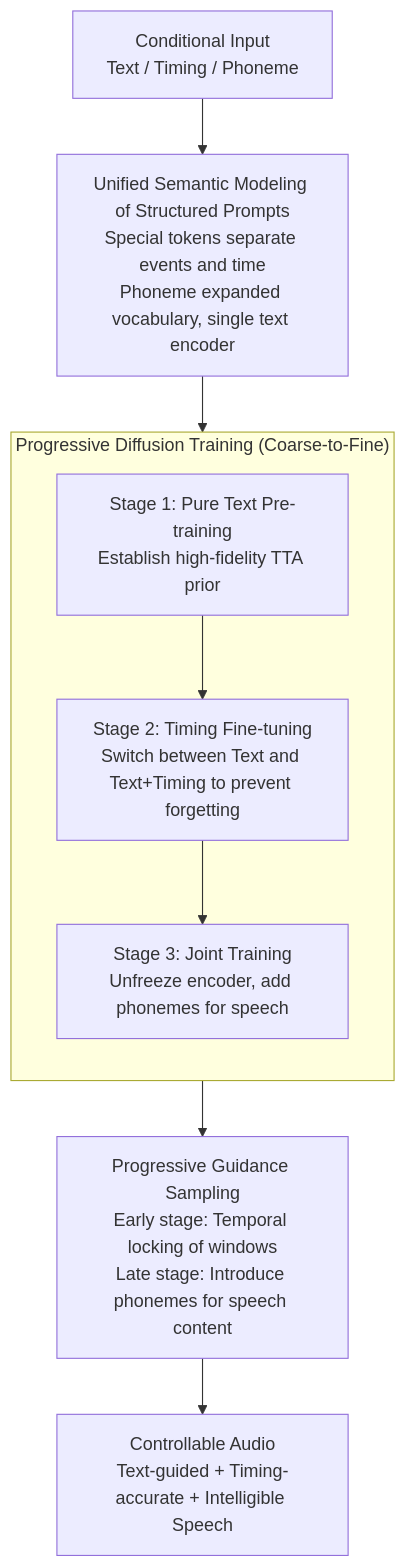
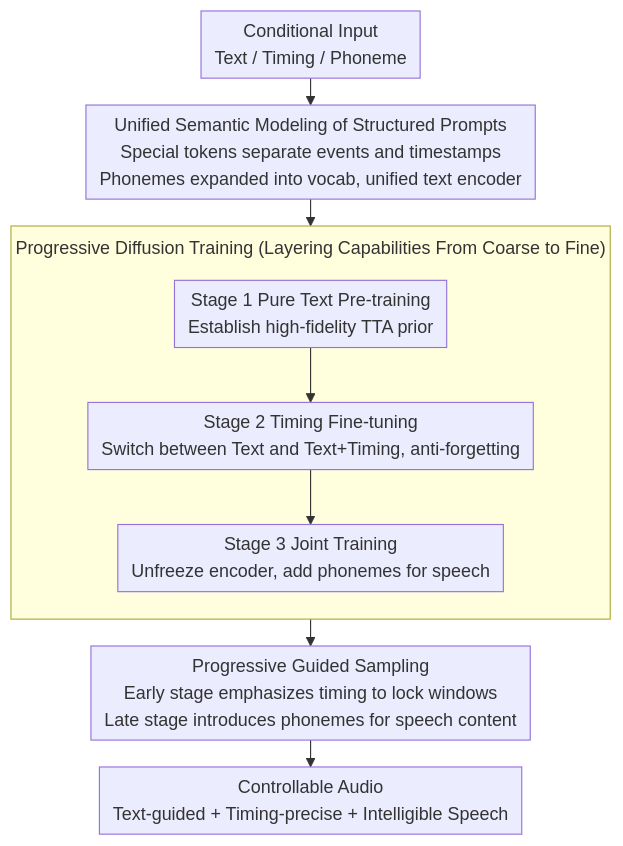
The diagram in docs/ACL2026/audio_speech/controlaudio_tackling_text-guided_timing-indicated_and_intelligible_audio_genera.md (zhaoyang97/Paper-Notes-en), drawn with Mermaid before and after one commit. The commit also changed other lines of this file and 5084 other files, not shown here.

````diff
--- a/docs/ACL2026/audio_speech/controlaudio_tackling_text-guided_timing-indicated_and_intelligible_audio_genera.md
+++ b/docs/ACL2026/audio_speech/controlaudio_tackling_text-guided_timing-indicated_and_intelligible_audio_genera.md
@@ -45,12 +45,13 @@
 ```mermaid
-graph TD
-    IN["Conditional Input<br/>Text / Timing / Phoneme"] --> P["Unified Semantic Modeling of Structured Prompts<br/>Special tokens separate events and time<br/>Phoneme expanded vocabulary, single text encoder"]
+%%{init: {'flowchart': {'rankSpacing': 24, 'nodeSpacing': 28, 'padding': 6, 'wrappingWidth': 400, 'subGraphTitleMargin': {'top': 8, 'bottom': 16}}}}%%
+flowchart TD
+    IN["Conditional Input<br/>Text / Timing / Phoneme"] --> P["Unified Semantic Modeling of Structured Prompts<br/>Special tokens separate events and timestamps<br/>Phonemes expanded into vocab, unified text encoder"]
     P --> TRAIN
-    subgraph TRAIN["Progressive Diffusion Training (Coarse-to-Fine)"]
+    subgraph TRAIN["Progressive Diffusion Training (Layering Capabilities From Coarse to Fine)"]
         direction TB
-        S1["Stage 1: Pure Text Pre-training<br/>Establish high-fidelity TTA prior"] --> S2["Stage 2: Timing Fine-tuning<br/>Switch between Text and Text+Timing to prevent forgetting"]
-        S2 --> S3["Stage 3: Joint Training<br/>Unfreeze encoder, add phonemes for speech"]
+        S1["Stage 1 Pure Text Pre-training<br/>Establish high-fidelity TTA prior"] --> S2["Stage 2 Timing Fine-tuning<br/>Switch between Text and Text+Timing, anti-forgetting"]
+        S2 --> S3["Stage 3 Joint Training<br/>Unfreeze encoder, add phonemes for speech"]
     end
-    TRAIN --> SAMP["Progressive Guidance Sampling<br/>Early stage: Temporal locking of windows<br/>Late stage: Introduce phonemes for speech content"]
-    SAMP --> OUT["Controllable Audio<br/>Text-guided + Timing-accurate + Intelligible Speech"]
+    TRAIN --> SAMP["Progressive Guided Sampling<br/>Early stage emphasizes timing to lock windows<br/>Late stage introduces phonemes for speech content"]
+    SAMP --> OUT["Controllable Audio<br/>Text-guided + Timing-precise + Intelligible Speech"]
 ```
````
